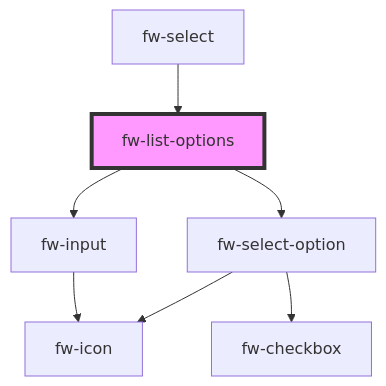
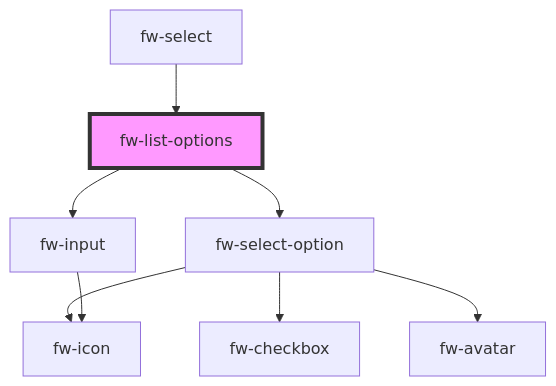
Before and after one commit to freshworks/crayons: the diagram in packages/crayons-core/src/components/options-list/readme.md, drawn with Mermaid. The commit also changed 10 other files, not shown here.

Commit message:
feat(fw-select): added prop to display avatar in tags

````diff
--- a/packages/crayons-core/src/components/options-list/readme.md
+++ b/packages/crayons-core/src/components/options-list/readme.md
@@ -151,10 +151,11 @@
 ```mermaid
 graph TD;
   fw-list-options --> fw-select-option
   fw-list-options --> fw-input
   fw-select-option --> fw-icon
   fw-select-option --> fw-checkbox
+  fw-select-option --> fw-avatar
   fw-input --> fw-icon
   fw-select --> fw-list-options
   style fw-list-options fill:#f9f,stroke:#333,stroke-width:4px
 ```
````
